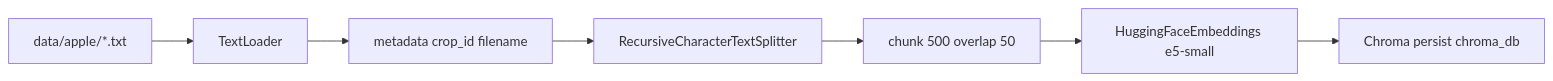
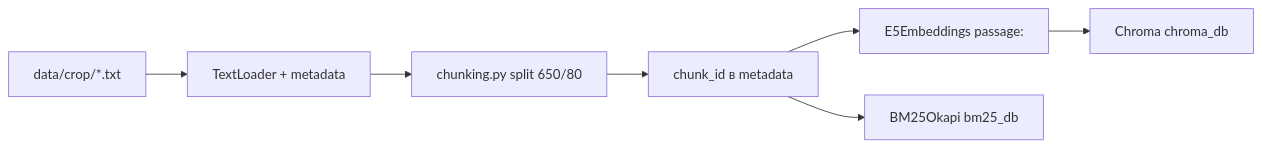
Before and after one commit to kantik001/grounded_horticulture_en: the diagram in docs/knowledge-base/rag-vector_store.md, drawn with Mermaid. The commit also changed other lines of this file and 126 other files, not shown here.

````diff
--- a/docs/knowledge-base/rag-vector_store.md
+++ b/docs/knowledge-base/rag-vector_store.md
@@ -29,9 +32,9 @@
 ```mermaid
 flowchart LR
-    A[data/apple/*.txt] --> B[TextLoader]
-    B --> C[metadata crop_id filename]
-    C --> D[RecursiveCharacterTextSplitter]
-    D --> E[chunk 500 overlap 50]
-    E --> F[HuggingFaceEmbeddings e5-small]
-    F --> G[Chroma persist chroma_db]
+    A[data/crop/*.txt] --> B[TextLoader + metadata]
+    B --> C[chunking.py split 650/80]
+    C --> D[chunk_id в metadata]
+    D --> E[E5Embeddings passage:]
+    E --> F[Chroma chroma_db]
+    D --> G[BM25Okapi bm25_db]
 ```
````
